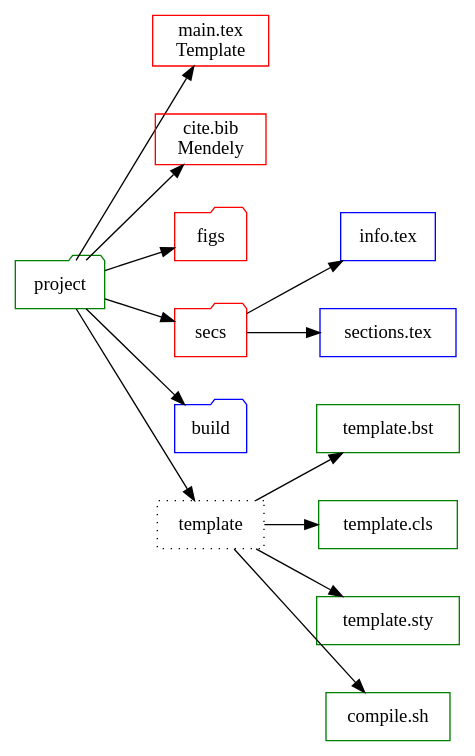
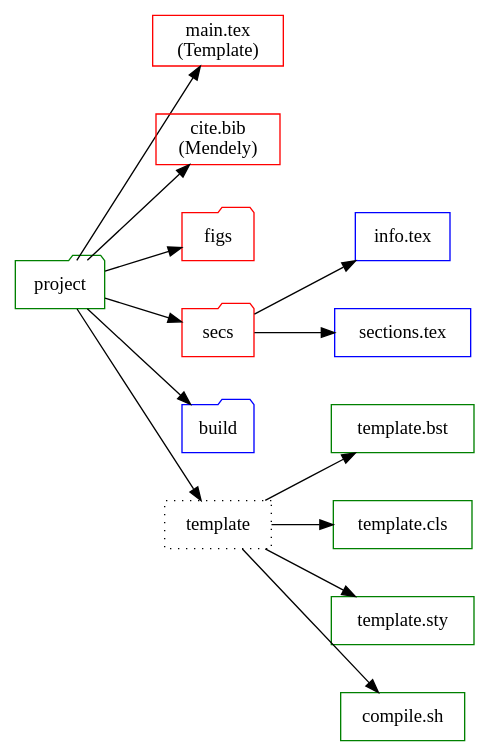
The diagram in texTemplate.org (bwtian/texTemplate), drawn with Graphviz before and after one commit. The commit also changed 1 other file, not shown here.

Commit message:
- ‘.#texTemplate.org’ / ‘texTemplate.org’

```diff
--- a/texTemplate.org
+++ b/texTemplate.org
@@ -4,32 +4,32 @@
 #+BEGIN_SRC dot :file ./texTemplate.svg
   digraph {
   rankdir = LR
   fontname="Times";
   fontsize = 12;
   splines = false;
   ranksep = 0.5;
   nodesep = 0.5;
   node [shape = box]
   //1. set node
   proj [label = "project", color = green, shape="folder"]
   info [label = "info.tex", color = blue]
   secs [label = "sections.tex", color = blue]
-  main [label = "main.tex \n Template", color = red]
-  bib [label = "cite.bib \n Mendely", color = red]
+  main [label = "main.tex \n (Template)", color = red]
+  bib [label = "cite.bib \n (Mendely)", color = red]
   bst [label = "template.bst", color = green]
   cls [label = "template.cls", color = green]
   sty [label = "template.sty", color = green]
   fig [label = "figs", color=red, shape="folder"]
   sec [label = "secs", color=red, shape="folder"]
   build [label  = "build", color = blue, shape="folder"]
   gen [label = "compile.sh", color = green]
   temp [label = "template", style=dotted]
   //2. set path
 
   proj -> {fig sec main temp bib build}
   temp -> {cls, bst, sty, gen}
   sec -> {info, secs}
   //3. set rank
 
   }
 #+END_SRC
```
